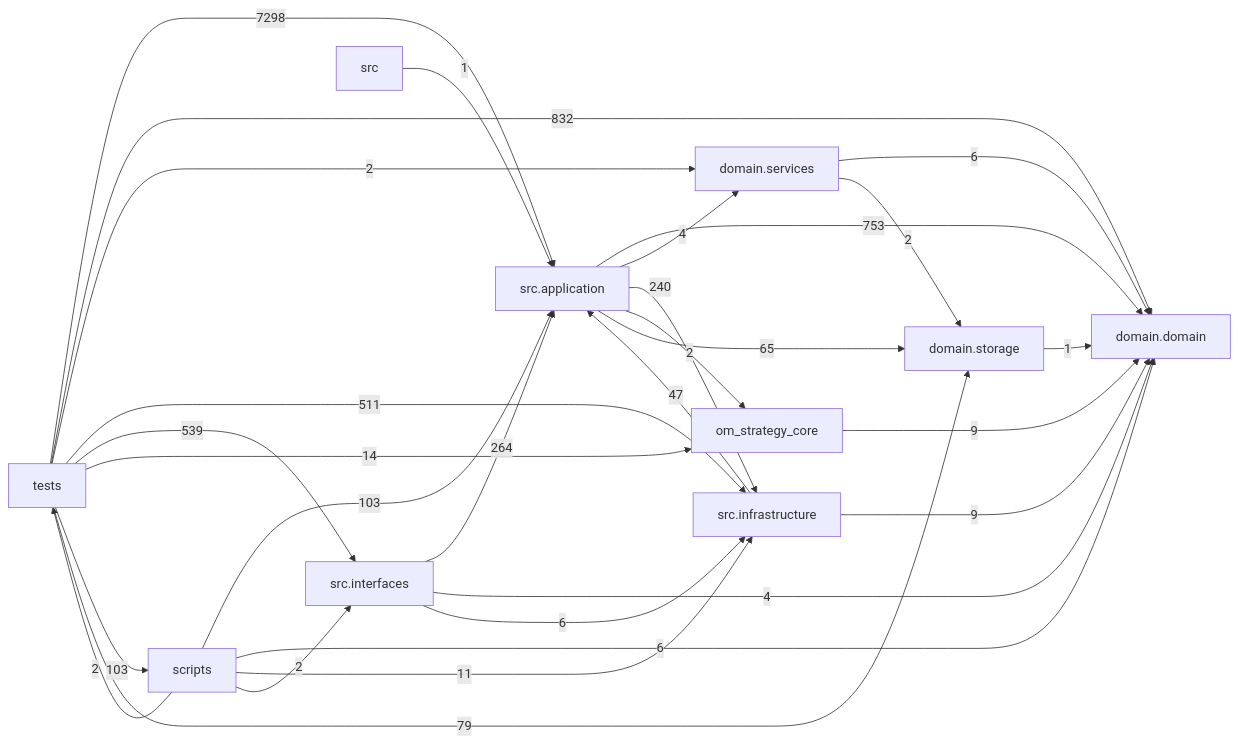
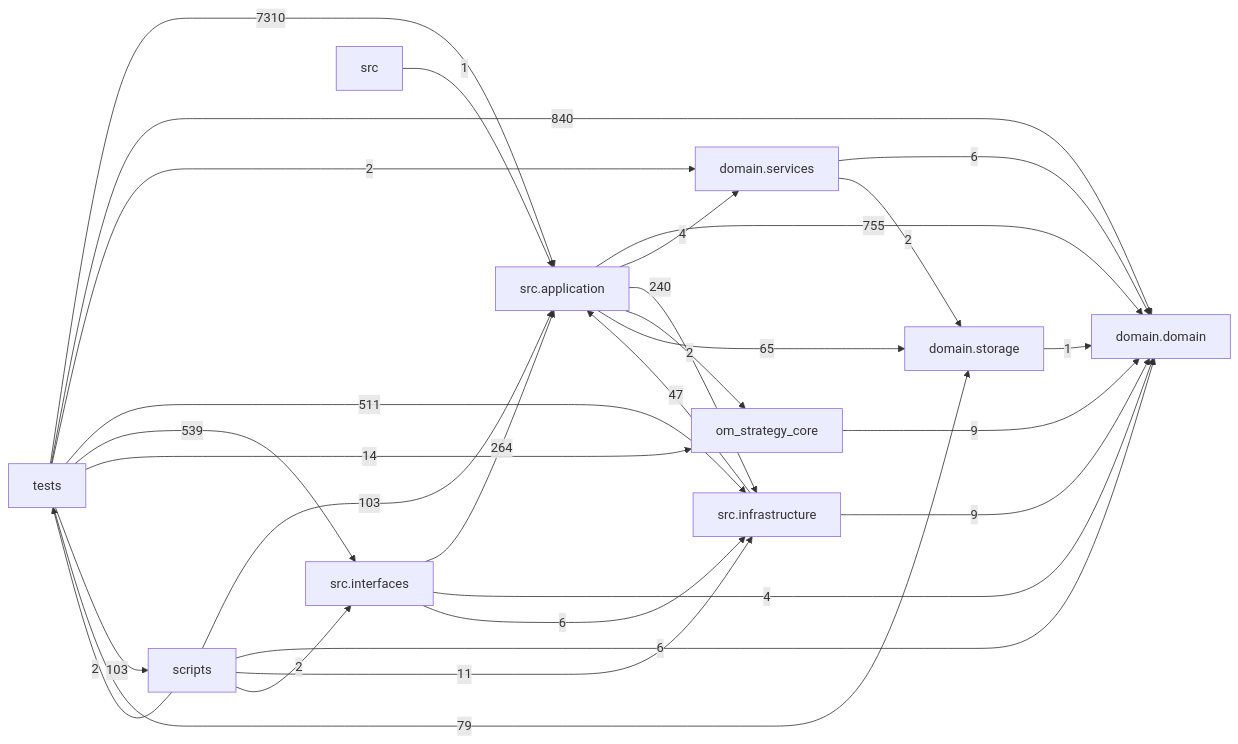
One commit to liuxie066/options-monitor changed the diagram in docs/DEPENDENCY_GRAPH.md. Above: the diagram before and after it, drawn with Mermaid. The commit also changed other lines of this file and 39 other files, not shown here.

````diff
--- a/docs/DEPENDENCY_GRAPH.md
+++ b/docs/DEPENDENCY_GRAPH.md
@@ -24,39 +24,39 @@
 ```mermaid
 flowchart LR
   tests["tests"]
   scripts["scripts"]
   interfaces["src.interfaces"]
   application["src.application"]
   infrastructure["src.infrastructure"]
   domain_services["domain.services"]
   domain["domain.domain"]
   storage["domain.storage"]
-  application -->|753| domain
+  application -->|755| domain
   application -->|4| domain_services
   application -->|240| infrastructure
   application -->|2| om_strategy_core
   application -->|65| storage
   domain_services -->|6| domain
   domain_services -->|2| storage
   infrastructure -->|47| application
   infrastructure -->|9| domain
   interfaces -->|264| application
   interfaces -->|4| domain
   interfaces -->|6| infrastructure
   om_strategy_core -->|9| domain
   scripts -->|103| application
   scripts -->|6| domain
   scripts -->|11| infrastructure
   scripts -->|2| interfaces
   scripts -->|2| tests
   src -->|1| application
   storage -->|1| domain
-  tests -->|7298| application
-  tests -->|832| domain
+  tests -->|7310| application
+  tests -->|840| domain
   tests -->|2| domain_services
   tests -->|511| infrastructure
   tests -->|539| interfaces
   tests -->|14| om_strategy_core
   tests -->|103| scripts
   tests -->|79| storage
 ```
````
